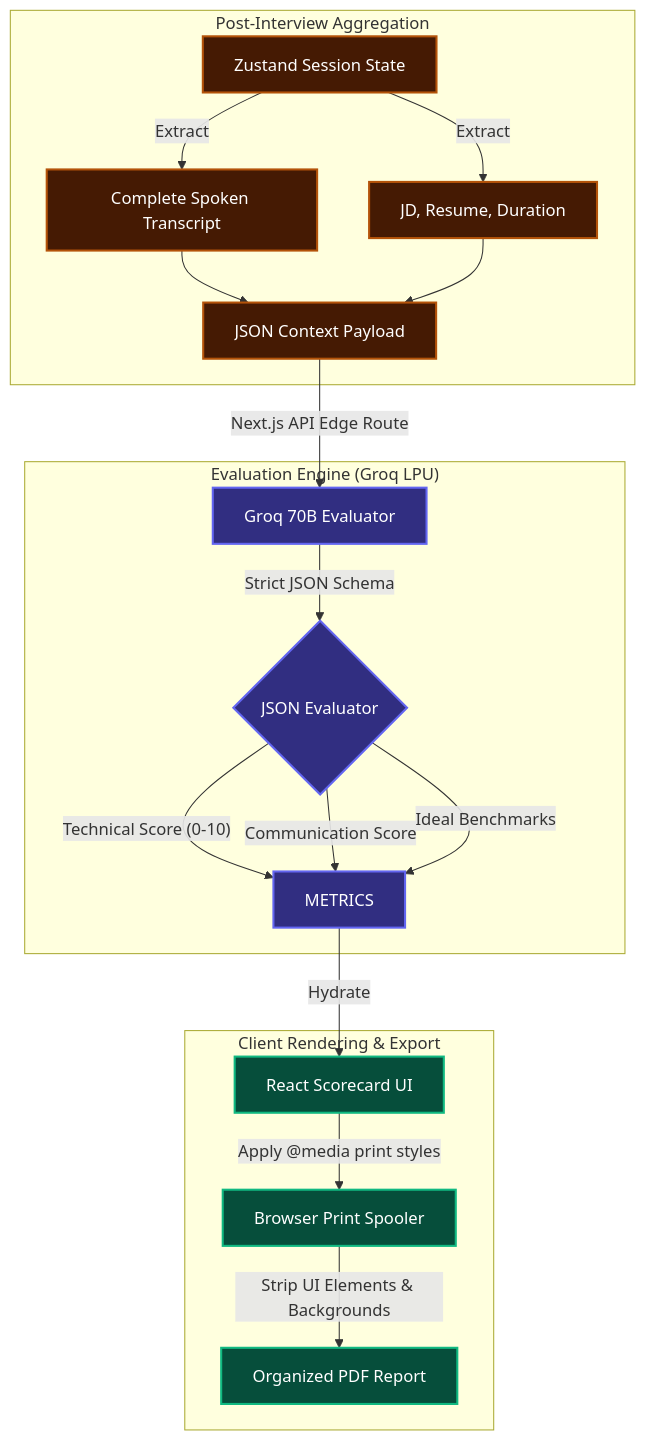
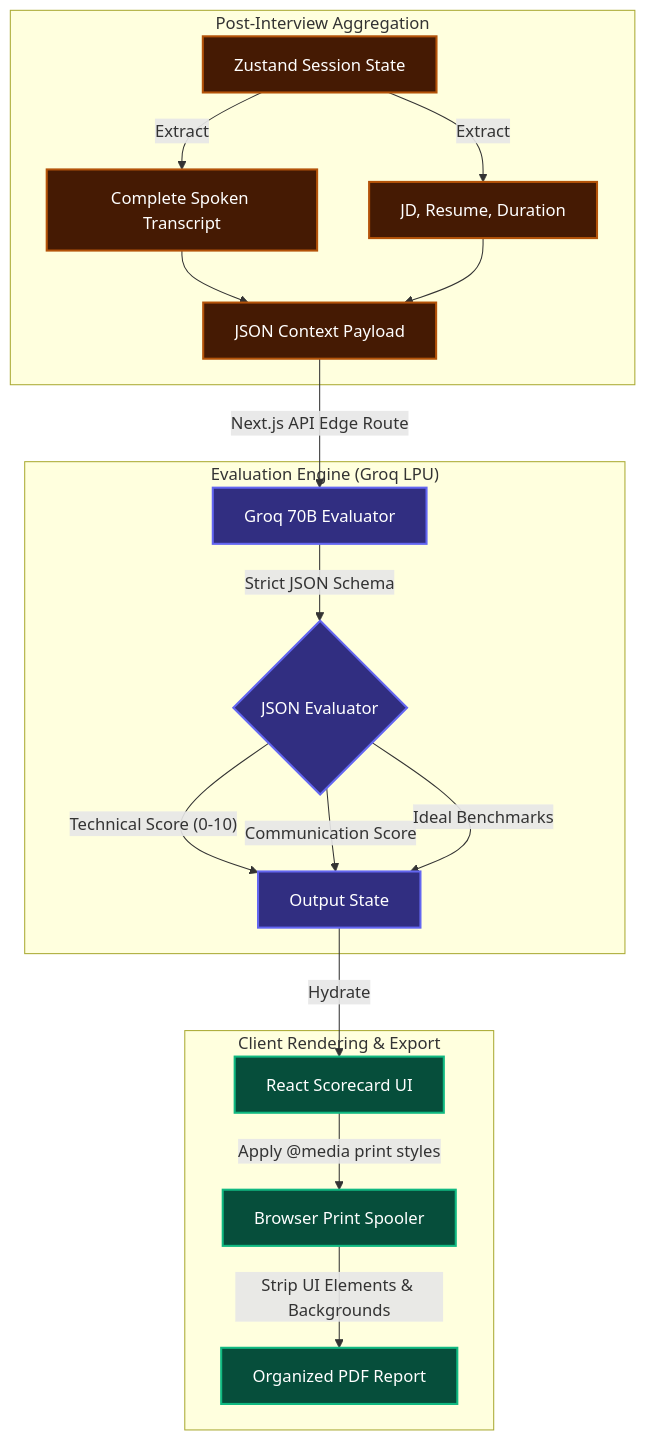
One commit to ziademad02153/ZEDX-AI-Assistant changed the fifth of 6 diagrams in README.md. Above: the diagram before and after it, drawn with Mermaid. The commit also changed other lines of this file, not shown here.

Commit message:
docs: Fix mermaid syntax rendering and expand architecture flowcharts

````diff
--- a/README.md
+++ b/README.md
@@ -191,31 +191,31 @@
 ```mermaid
 graph TD
-    subgraph "Post-Interview Aggregation"
-        STATE[Zustand Session State] -->|Extract| TRANSCRIPT[Complete Spoken Transcript]
-        STATE -->|Extract| METADATA[JD, Resume, Duration]
-        TRANSCRIPT --> PAYLOAD[JSON Context Payload]
+    subgraph PostInterviewAggregation ["Post-Interview Aggregation"]
+        STATE["Zustand Session State"] -->|Extract| TRANSCRIPT["Complete Spoken Transcript"]
+        STATE -->|Extract| METADATA["JD, Resume, Duration"]
+        TRANSCRIPT --> PAYLOAD["JSON Context Payload"]
         METADATA --> PAYLOAD
     end
 
-    subgraph "Evaluation Engine (Groq LPU)"
-        PAYLOAD -->|Next.js API Edge Route| GROQ[Groq 70B Evaluator]
-        GROQ -->|Strict JSON Schema| ANALYSIS{JSON Evaluator}
-        ANALYSIS -- "Technical Score (0-10)" --> METRICS
+    subgraph EvaluationEngine ["Evaluation Engine (Groq LPU)"]
+        PAYLOAD -->|Next.js API Edge Route| GROQ["Groq 70B Evaluator"]
+        GROQ -->|Strict JSON Schema| ANALYSIS{"JSON Evaluator"}
+        ANALYSIS -- "Technical Score (0-10)" --> METRICS["Output State"]
         ANALYSIS -- "Communication Score" --> METRICS
         ANALYSIS -- "Ideal Benchmarks" --> METRICS
     end
 
-    subgraph "Client Rendering & Export"
-        METRICS -->|Hydrate| SCORECARD[React Scorecard UI]
-        SCORECARD -->|Apply @media print styles| PRINT[Browser Print Spooler]
-        PRINT -->|Strip UI Elements & Backgrounds| PDF[Organized PDF Report]
+    subgraph ClientRenderingExport ["Client Rendering & Export"]
+        METRICS -->|Hydrate| SCORECARD["React Scorecard UI"]
+        SCORECARD -->|Apply @media print styles| PRINT["Browser Print Spooler"]
+        PRINT -->|Strip UI Elements & Backgrounds| PDF["Organized PDF Report"]
     end
 
     classDef state fill:#451a03,stroke:#b45309,stroke-width:2px,color:#fff;
     classDef ai fill:#312e81,stroke:#6366f1,stroke-width:2px,color:#fff;
     classDef render fill:#064e3b,stroke:#10b981,stroke-width:2px,color:#fff;
 
     class STATE,TRANSCRIPT,METADATA,PAYLOAD state;
     class GROQ,ANALYSIS,METRICS ai;
     class SCORECARD,PRINT,PDF render;
 ```
````
